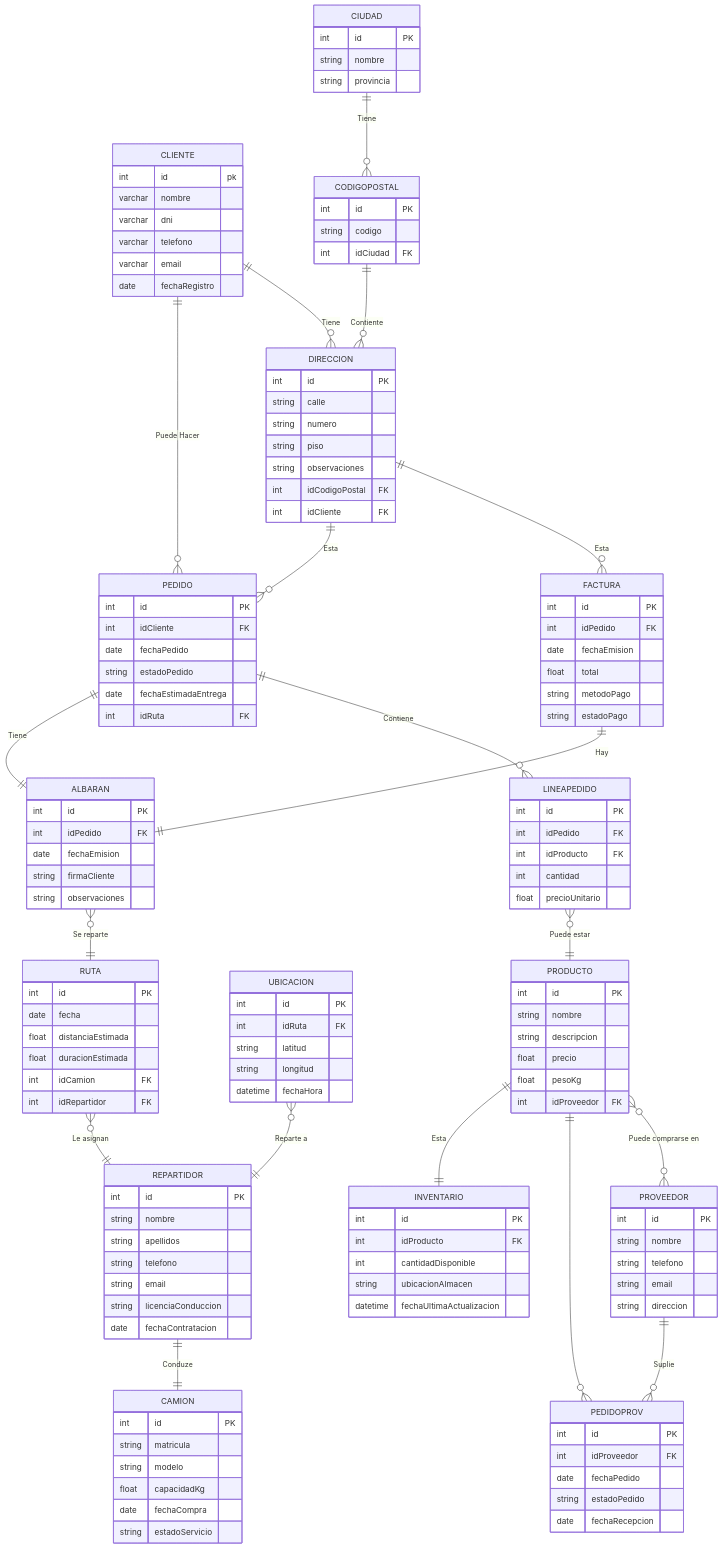
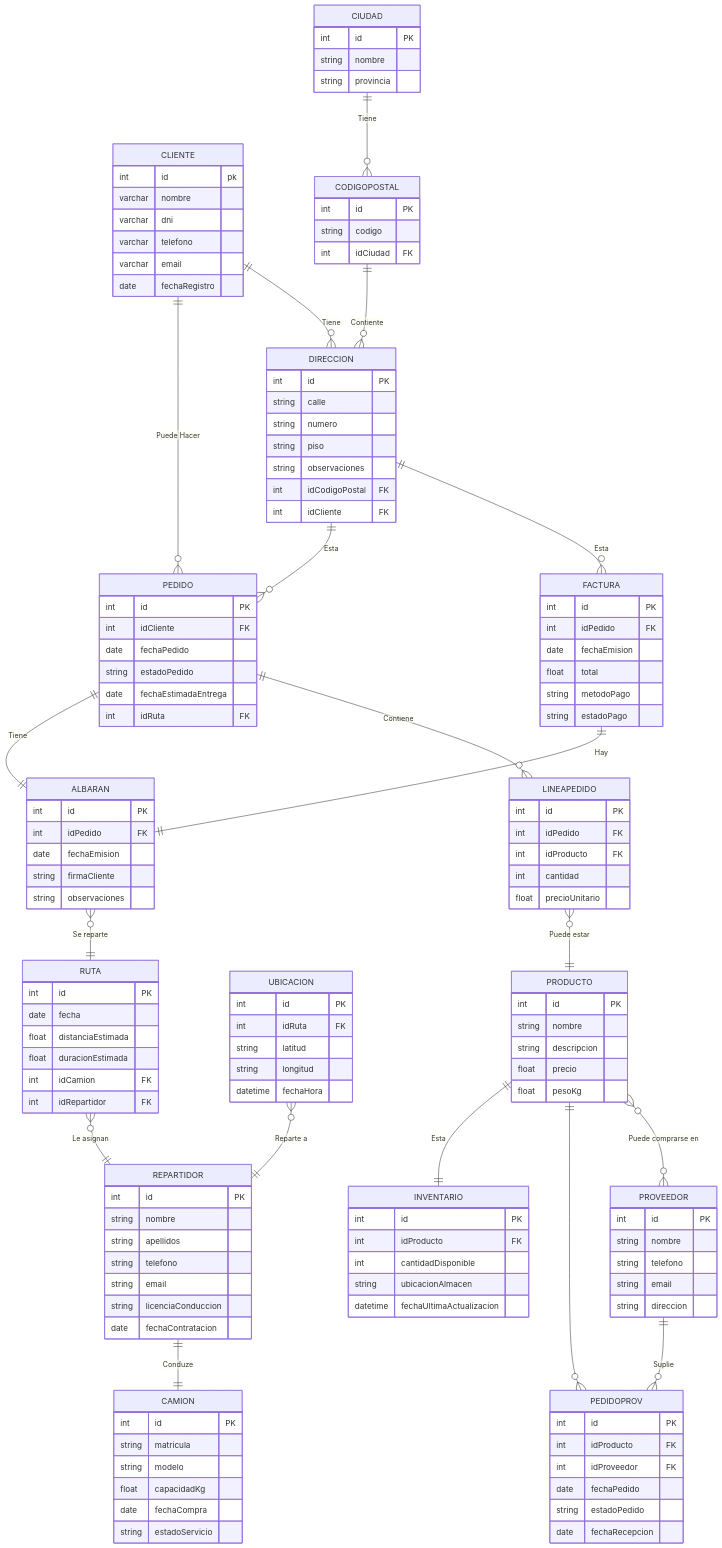
The diagram in 01 Apuntes/DAM/Proyecto intermodular 2 de Desarrollo de aplicaciones multiplataforma/Inicio.md (pedroporo/apuntesclase), drawn with Mermaid before and after one commit.

Commit message:
vault backup: 2025-10-06 17:31:32

```diff
--- a/01 Apuntes/DAM/Proyecto intermodular 2 de Desarrollo de aplicaciones multiplataforma/Inicio.md
+++ b/01 Apuntes/DAM/Proyecto intermodular 2 de Desarrollo de aplicaciones multiplataforma/Inicio.md
@@ -100,11 +100,11 @@
 	string nombre 
 	string descripcion 
 	float precio 
-	float pesoKg 
-	int idProveedor FK
+	float pesoKg
 }
 PEDIDOPROV{
 	int id PK 
+	int idProducto FK
 	int idProveedor FK 
 	date fechaPedido 
 	string estadoPedido 
```
